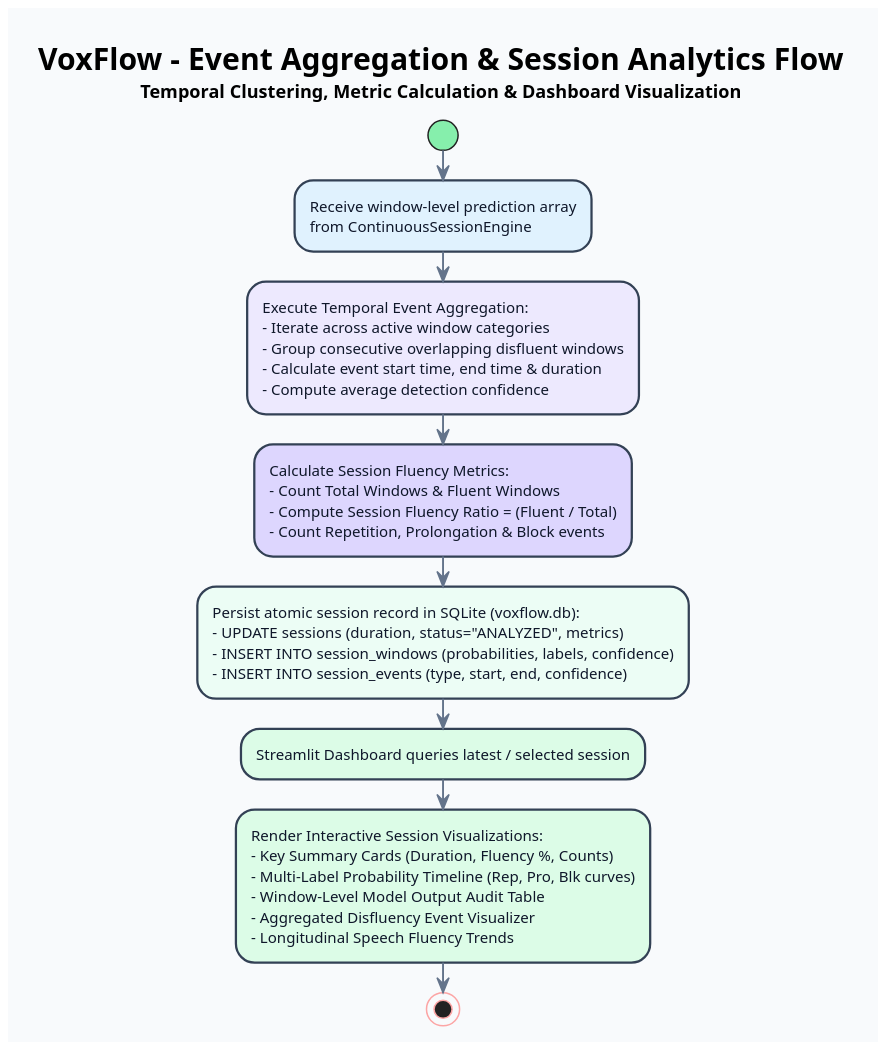
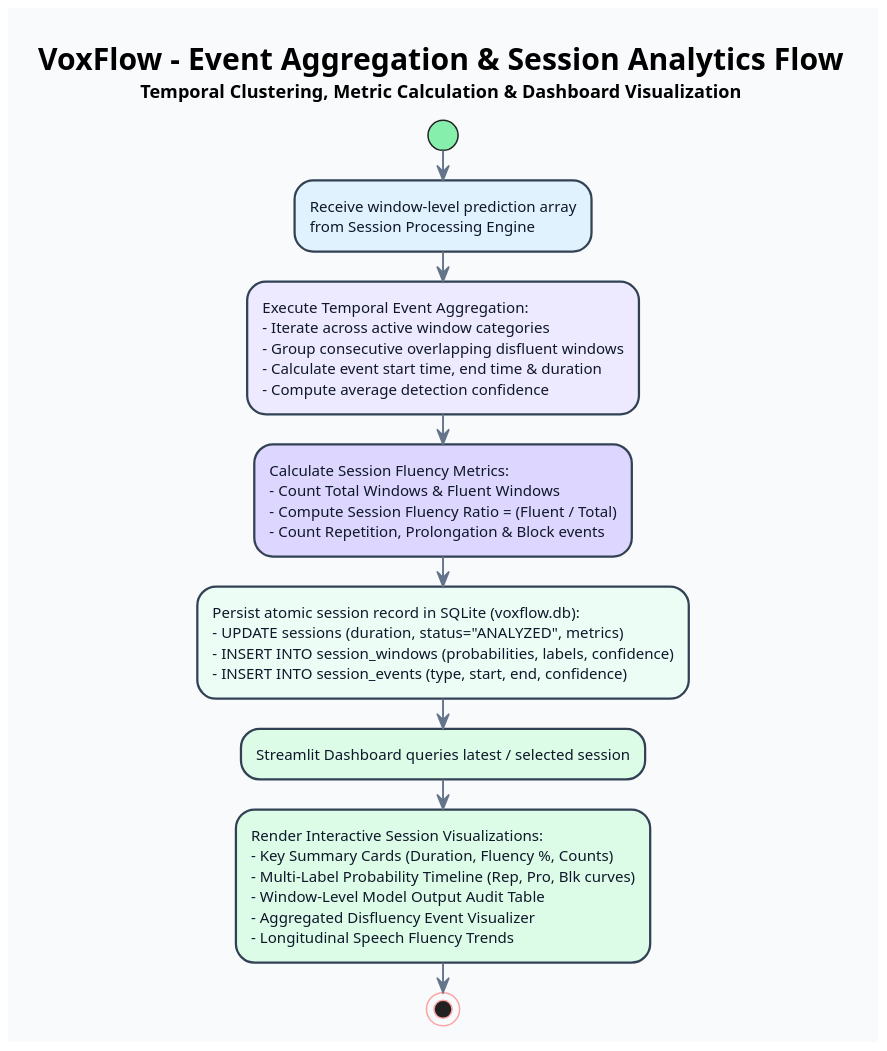
The diagram in VoxFlow_uml/VoxFlow_uml/methodology/3_PredStorage_Dashboard.puml (PetaSivaNandhanReddy/voxflow), drawn with PlantUML before and after one commit. The commit also changed 3 other files, not shown here.

Commit message:
docs: finalize uml terminology consistency

```diff
--- a/VoxFlow_uml/VoxFlow_uml/methodology/3_PredStorage_Dashboard.puml
+++ b/VoxFlow_uml/VoxFlow_uml/methodology/3_PredStorage_Dashboard.puml
@@ -1,42 +1,42 @@
 @startuml
 title <size:20><b>VoxFlow - Event Aggregation & Session Analytics Flow</b></size>\n<size:12>Temporal Clustering, Metric Calculation & Dashboard Visualization</size>
 
 skinparam backgroundColor #F8FAFC
 skinparam shadowing false
 skinparam dpi 170
 
 skinparam activity {
     BackgroundColor #FFFFFF
     BorderColor #334155
     BorderThickness 1.5
     FontColor #0F172A
     FontSize 10
 
     DiamondBackgroundColor #F5F3FF
     DiamondBorderColor #7C3AED
     DiamondFontColor #0F172A
 
     StartColor #86EFAC
     StopColor #FCA5A5
 }
 
 skinparam ArrowColor #64748B
 skinparam ArrowThickness 1.3
 
 start
 
-#E0F2FE:Receive window-level prediction array\nfrom ContinuousSessionEngine;
+#E0F2FE:Receive window-level prediction array\nfrom Session Processing Engine;
 
 #EDE9FE:Execute Temporal Event Aggregation:\n- Iterate across active window categories\n- Group consecutive overlapping disfluent windows\n- Calculate event start time, end time & duration\n- Compute average detection confidence;
 
 #DDD6FE:Calculate Session Fluency Metrics:\n- Count Total Windows & Fluent Windows\n- Compute Session Fluency Ratio = (Fluent / Total)\n- Count Repetition, Prolongation & Block events;
 
 #ECFDF5:Persist atomic session record in SQLite (voxflow.db):\n- UPDATE sessions (duration, status="ANALYZED", metrics)\n- INSERT INTO session_windows (probabilities, labels, confidence)\n- INSERT INTO session_events (type, start, end, confidence);
 
 #DCFCE7:Streamlit Dashboard queries latest / selected session;
 
 #DCFCE7:Render Interactive Session Visualizations:\n- Key Summary Cards (Duration, Fluency %, Counts)\n- Multi-Label Probability Timeline (Rep, Pro, Blk curves)\n- Window-Level Model Output Audit Table\n- Aggregated Disfluency Event Visualizer\n- Longitudinal Speech Fluency Trends;
 
 stop
 
 @enduml
```
